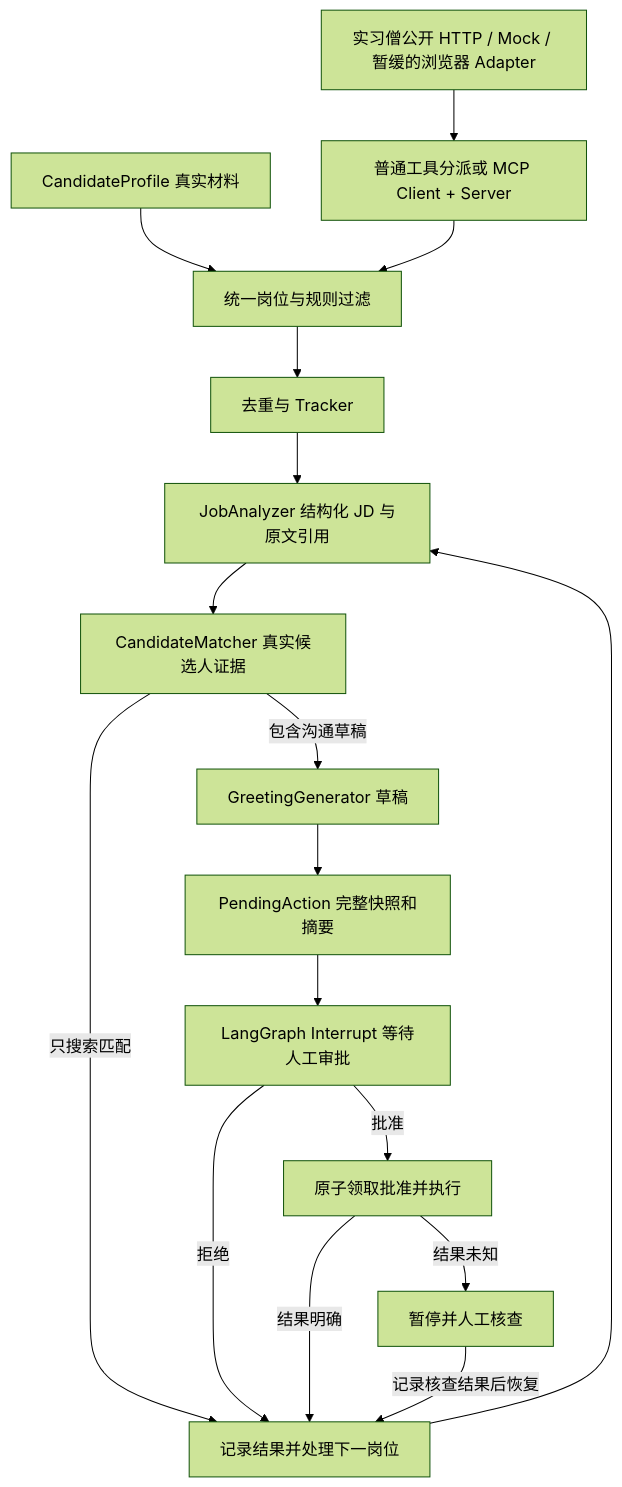
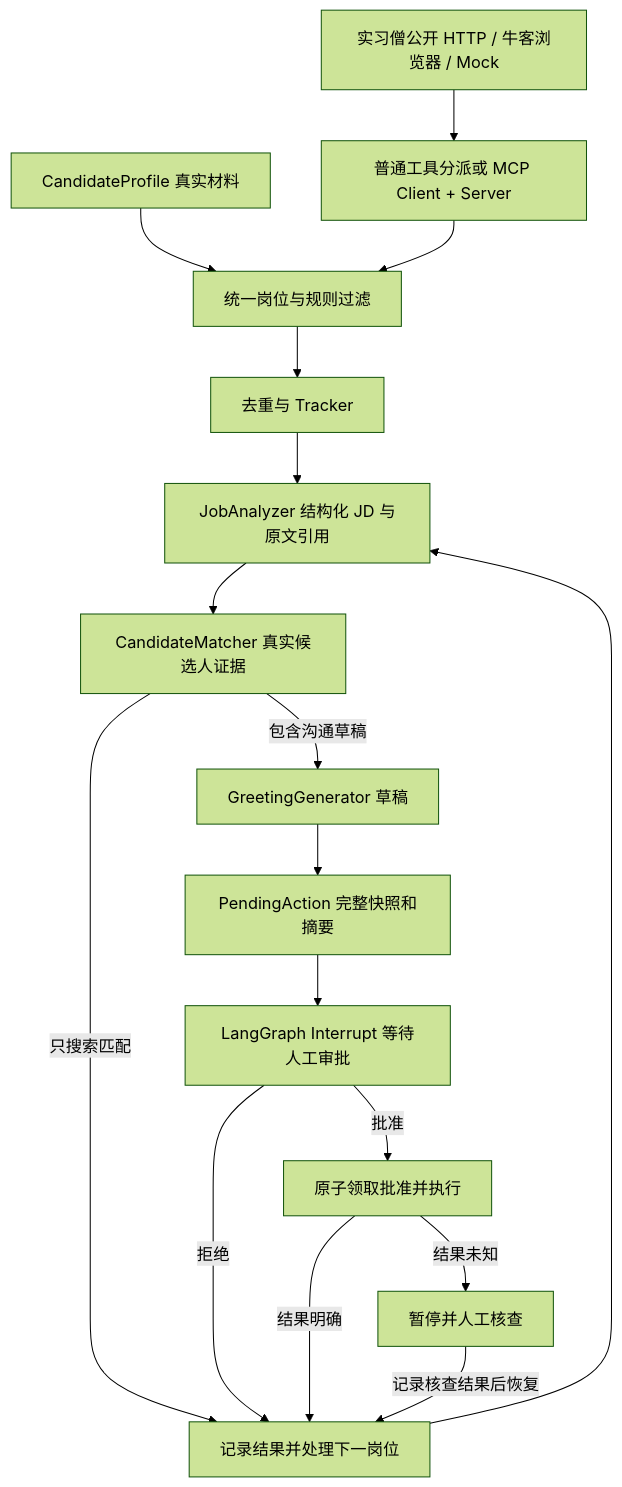
One commit to yujiehaoshuai/JobPilot changed the diagram in docs/architecture.md. Above: the diagram before and after it, drawn with Mermaid (forest theme). The commit also changed other lines of this file and 11 other files, not shown here.

````diff
--- a/docs/architecture.md
+++ b/docs/architecture.md
@@ -5,19 +5,19 @@
 ```mermaid
 flowchart TD
     A[CandidateProfile 真实材料] --> D[统一岗位与规则过滤]
-    B[实习僧公开 HTTP / Mock / 暂缓的浏览器 Adapter] --> C[普通工具分派或 MCP Client + Server]
+    B[实习僧公开 HTTP / 牛客浏览器 / Mock] --> C[普通工具分派或 MCP Client + Server]
     C --> D
     D --> E[去重与 Tracker]
     E --> F[JobAnalyzer 结构化 JD 与原文引用]
     F --> G[CandidateMatcher 真实候选人证据]
     G -->|只搜索匹配| L[记录结果并处理下一岗位]
     G -->|包含沟通草稿| H[GreetingGenerator 草稿]
     H --> I[PendingAction 完整快照和摘要]
     I --> J[LangGraph Interrupt 等待人工审批]
     J -->|拒绝| L[记录结果并处理下一岗位]
     J -->|批准| K[原子领取批准并执行]
     K -->|结果明确| L
     K -->|结果未知| M[暂停并人工核查]
     M -->|记录核查结果后恢复| L
     L --> F
 ```
````
